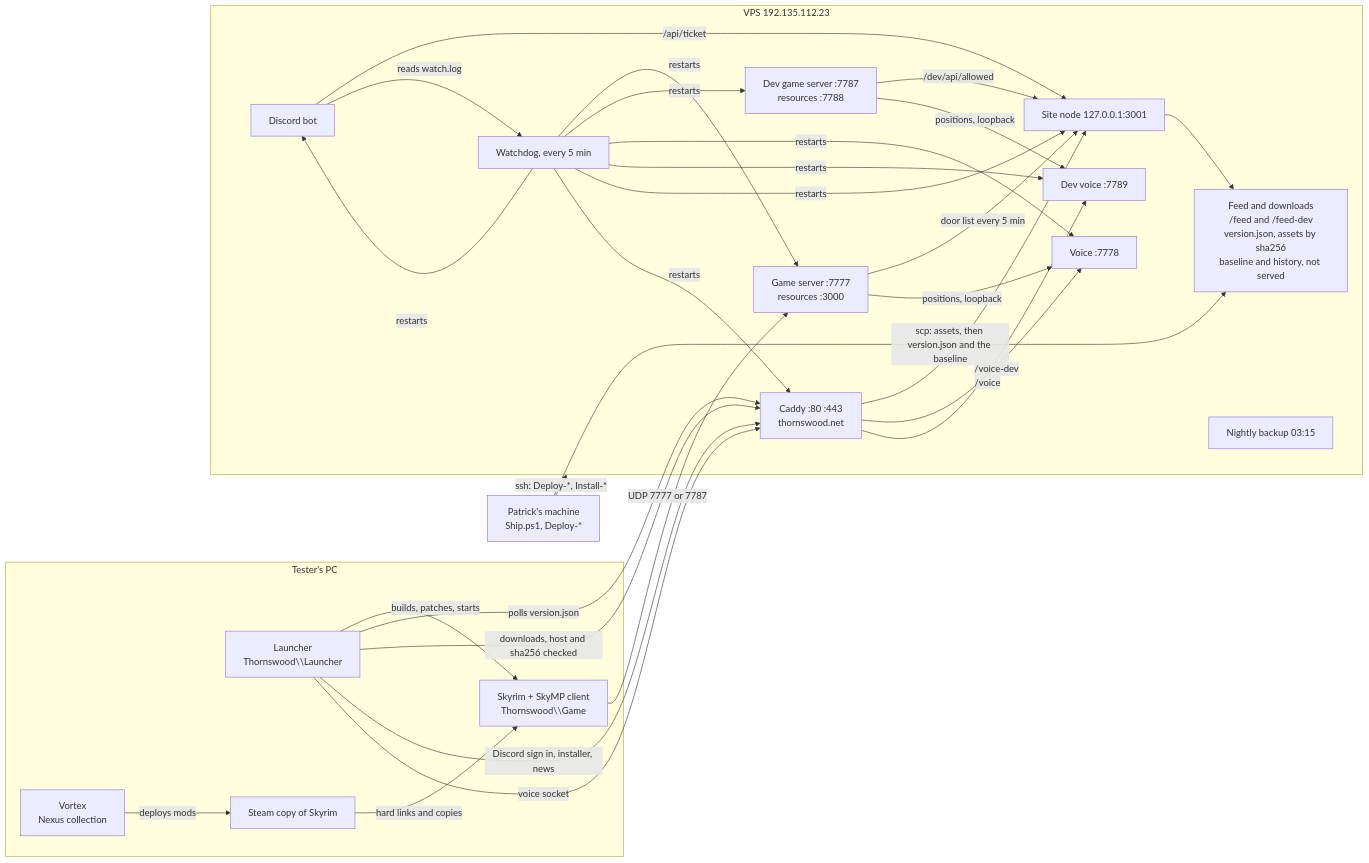
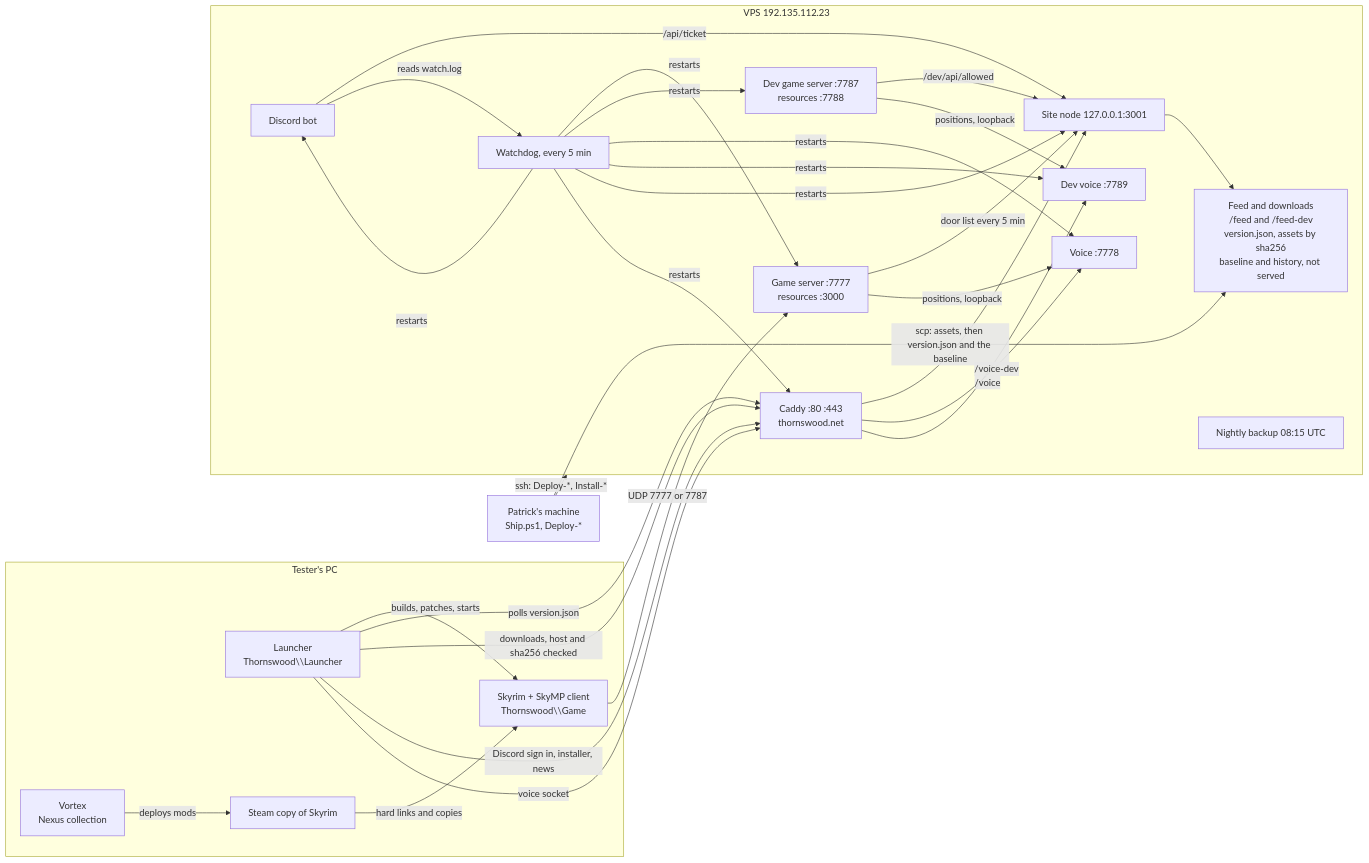
The diagram in docs/SYSTEM.md (EvilPatrick06/Thornswood), drawn with Mermaid before and after one commit. The commit also changed other lines of this file and 4 other files, not shown here.

First line of the commit message:
The nightly backup runs at 08:15 UTC, clear of the nightly checks (#3187)

````diff
--- a/docs/SYSTEM.md
+++ b/docs/SYSTEM.md
@@ -23,45 +23,45 @@
 ```mermaid
 flowchart LR
   subgraph PC["Tester's PC"]
     L["Launcher<br/>Thornswood\\Launcher"]
     G["Skyrim + SkyMP client<br/>Thornswood\\Game"]
     V["Vortex<br/>Nexus collection"]
     S["Steam copy of Skyrim"]
     V -->|deploys mods| S
     S -->|hard links and copies| G
     L -->|builds, patches, starts| G
   end
 
   subgraph VPS["VPS 192.135.112.23"]
     C["Caddy :80 :443<br/>thornswood.net"]
     W["Site node 127.0.0.1:3001"]
     F["Feed and downloads<br/>/feed and /feed-dev<br/>version.json, assets by sha256<br/>baseline and history, not served"]
     W --> F
     GS["Game server :7777<br/>resources :3000"]
     DS["Dev game server :7787<br/>resources :7788"]
     VO["Voice :7778"]
     VD["Dev voice :7789"]
     B["Discord bot"]
     WD["Watchdog, every 5 min"]
-    BK["Nightly backup 03:15"]
+    BK["Nightly backup 08:15 UTC"]
     C --> W
     C -->|/voice| VO
     C -->|/voice-dev| VD
     GS -->|door list every 5 min| W
     DS -->|/dev/api/allowed| W
     GS -->|positions, loopback| VO
     DS -->|positions, loopback| VD
     B -->|/api/ticket| W
     B -->|reads watch.log| WD
     WD -->|restarts| GS & DS & VO & VD & W & C & B
   end
 
   P["Patrick's machine<br/>Ship.ps1, Deploy-*"]
   P -->|scp: assets, then version.json and the baseline| F
   P -->|ssh: Deploy-*, Install-*| VPS
   L -->|polls version.json| C
   L -->|downloads, host and sha256 checked| C
   L -->|Discord sign in, installer, news| C
   G -->|UDP 7777 or 7787| GS
   L -->|voice socket| C
 ```
````
